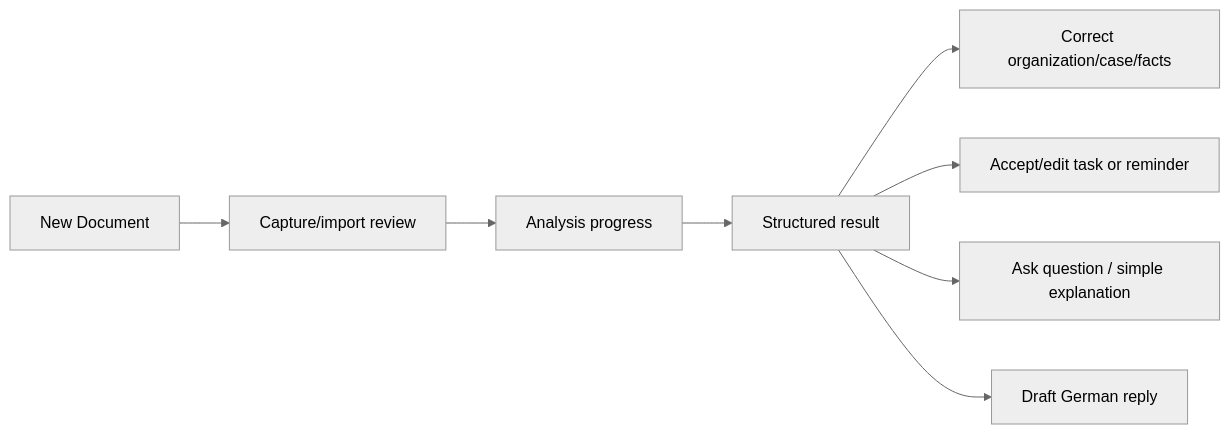
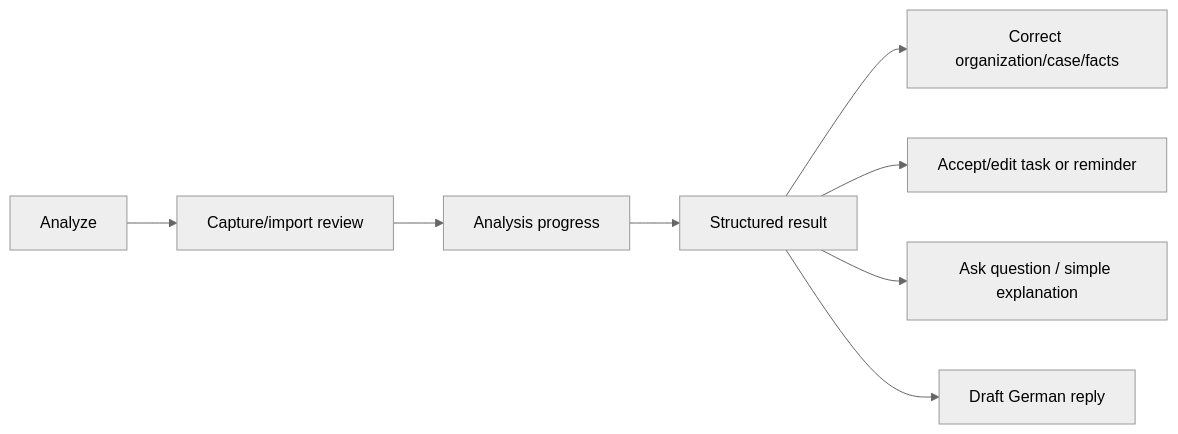
One commit to habeero/doxary changed the diagram in docs/NAVIGATION.md. Above: the diagram before and after it, drawn with Mermaid (neutral theme). The commit also changed other lines of this file and 3 other files, not shown here.

Commit message:
docs: consolidate Phase 2.6.3 UX architecture decisions

````diff
--- a/docs/NAVIGATION.md
+++ b/docs/NAVIGATION.md
@@ -7,10 +9,10 @@
 ```mermaid
 flowchart LR
- Import[New Document] --> Review[Capture/import review]
+ Analyze[Analyze] --> Review[Capture/import review]
  Review --> Processing[Analysis progress]
  Processing --> Result[Structured result]
  Result --> Correct[Correct organization/case/facts]
  Result --> Task[Accept/edit task or reminder]
  Result --> Chat[Ask question / simple explanation]
  Result --> Reply[Draft German reply]
 ```
````
